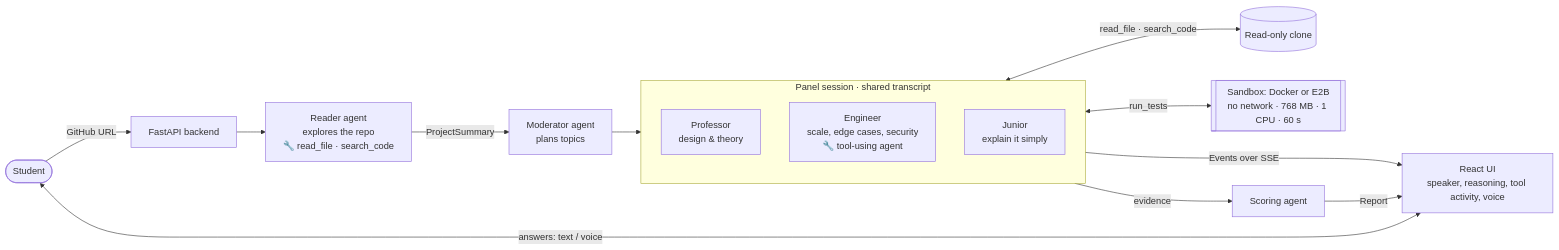
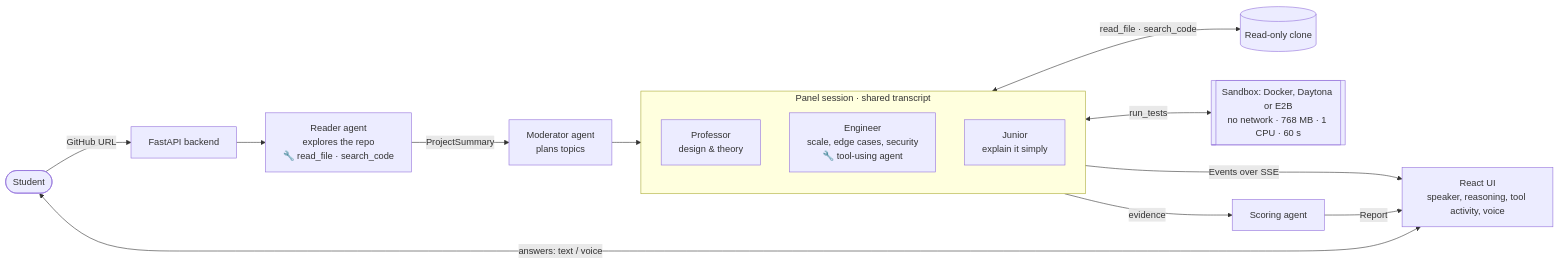
Before and after one commit to goyalnishtha841/vivapanel: the first of 3 diagrams in docs/architecture.md, drawn with Mermaid. The commit also changed other lines of this file and 10 other files, not shown here.

First line of the commit message:
Daytona sandbox backend (free, no card), live-check script for the 5-repo study and hiring run

````diff
--- a/docs/architecture.md
+++ b/docs/architecture.md
@@ -7,21 +7,21 @@
 ```mermaid
 flowchart LR
     S([Student]) -->|GitHub URL| API[FastAPI backend]
     API --> RR[Reader agent<br/>explores the repo<br/>🔧 read_file · search_code]
     RR -->|ProjectSummary| MOD[Moderator agent<br/>plans topics]
     MOD --> PANEL
 
     subgraph PANEL [Panel session · shared transcript]
         direction TB
         P[Professor<br/>design & theory]
         E[Engineer<br/>scale, edge cases, security<br/>🔧 tool-using agent]
         J[Junior<br/>explain it simply]
     end
 
     E <-->|read_file · search_code| REPO[(Read-only clone)]
-    E <-->|run_tests| BOX[[Sandbox: Docker or E2B<br/>no network · 768 MB · 1 CPU · 60 s]]
+    E <-->|run_tests| BOX[[Sandbox: Docker, Daytona or E2B<br/>no network · 768 MB · 1 CPU · 60 s]]
     PANEL -->|Events over SSE| UI[React UI<br/>speaker, reasoning, tool activity, voice]
     S <-->|answers: text / voice| UI
     PANEL -->|evidence| SC[Scoring agent]
     SC -->|Report| UI
 ```
````
